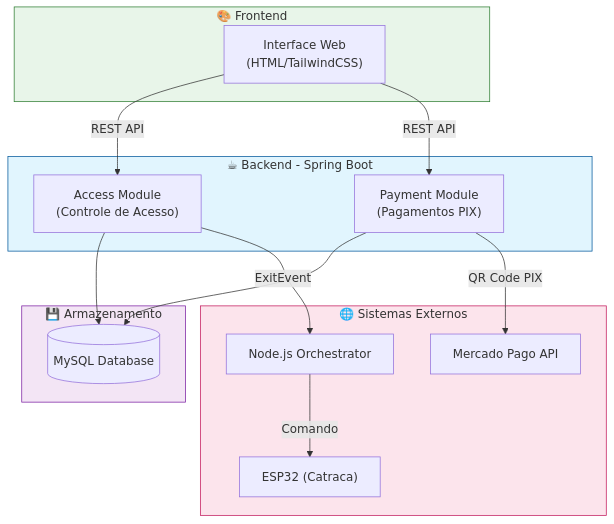
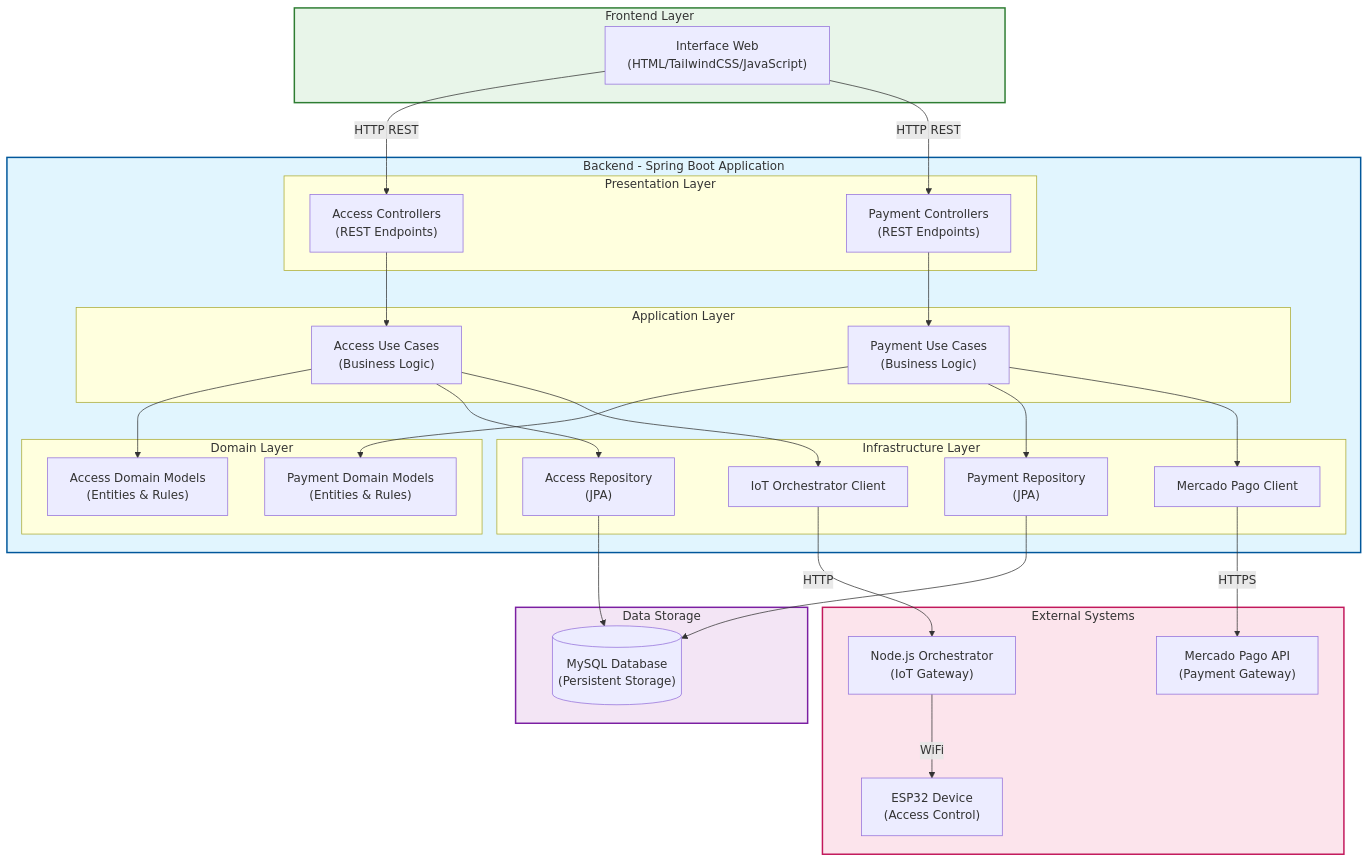
Before and after one commit to Luca5Eckert/Libera.ai: the first of 2 diagrams in README.md, drawn with Mermaid. The commit also changed other lines of this file, not shown here.

````diff
--- a/README.md
+++ b/README.md
@@ -113,34 +132,61 @@
 ```mermaid
 flowchart TB
-    subgraph Frontend["🎨 Frontend"]
-        WEB["Interface Web<br/>(HTML/TailwindCSS)"]
+    subgraph Frontend["Frontend Layer"]
+        WEB["Interface Web<br/>(HTML/TailwindCSS/JavaScript)"]
     end
     
-    subgraph Backend["☕ Backend - Spring Boot"]
-        ACCESS["Access Module<br/>(Controle de Acesso)"]
-        PAYMENT["Payment Module<br/>(Pagamentos PIX)"]
+    subgraph Backend["Backend - Spring Boot Application"]
+        subgraph PresentationLayer["Presentation Layer"]
+            ACCESS_CTRL["Access Controllers<br/>(REST Endpoints)"]
+            PAYMENT_CTRL["Payment Controllers<br/>(REST Endpoints)"]
+        end
+        
+        subgraph ApplicationLayer["Application Layer"]
+            ACCESS_UC["Access Use Cases<br/>(Business Logic)"]
+            PAYMENT_UC["Payment Use Cases<br/>(Business Logic)"]
+        end
+        
+        subgraph DomainLayer["Domain Layer"]
+            ACCESS_DOM["Access Domain Models<br/>(Entities & Rules)"]
+            PAYMENT_DOM["Payment Domain Models<br/>(Entities & Rules)"]
+        end
+        
+        subgraph InfrastructureLayer["Infrastructure Layer"]
+            ACCESS_REPO["Access Repository<br/>(JPA)"]
+            PAYMENT_REPO["Payment Repository<br/>(JPA)"]
+            MP_CLIENT["Mercado Pago Client"]
+            IOT_CLIENT["IoT Orchestrator Client"]
+        end
     end
     
-    subgraph External["🌐 Sistemas Externos"]
-        MP["Mercado Pago API"]
-        NODE["Node.js Orchestrator"]
-        ESP["ESP32 (Catraca)"]
+    subgraph ExternalSystems["External Systems"]
+        MP["Mercado Pago API<br/>(Payment Gateway)"]
+        NODE["Node.js Orchestrator<br/>(IoT Gateway)"]
+        ESP["ESP32 Device<br/>(Access Control)"]
     end
     
-    subgraph Storage["💾 Armazenamento"]
-        DB[("MySQL Database")]
+    subgraph Storage["Data Storage"]
+        DB[("MySQL Database<br/>(Persistent Storage)")]
     end
     
-    WEB -->|REST API| ACCESS
-    WEB -->|REST API| PAYMENT
-    ACCESS --> DB
-    PAYMENT --> DB
-    PAYMENT -->|QR Code PIX| MP
-    ACCESS -->|ExitEvent| NODE
-    NODE -->|Comando| ESP
+    WEB -->|HTTP REST| ACCESS_CTRL
+    WEB -->|HTTP REST| PAYMENT_CTRL
+    ACCESS_CTRL --> ACCESS_UC
+    PAYMENT_CTRL --> PAYMENT_UC
+    ACCESS_UC --> ACCESS_DOM
+    PAYMENT_UC --> PAYMENT_DOM
+    ACCESS_UC --> ACCESS_REPO
+    PAYMENT_UC --> PAYMENT_REPO
+    PAYMENT_UC --> MP_CLIENT
+    ACCESS_UC --> IOT_CLIENT
+    ACCESS_REPO --> DB
+    PAYMENT_REPO --> DB
+    MP_CLIENT -->|HTTPS| MP
+    IOT_CLIENT -->|HTTP| NODE
+    NODE -->|WiFi| ESP
     
-    style Frontend fill:#e8f5e9,stroke:#2e7d32
-    style Backend fill:#e1f5fe,stroke:#01579b
-    style External fill:#fce4ec,stroke:#c2185b
-    style Storage fill:#f3e5f5,stroke:#7b1fa2
+    style Frontend fill:#e8f5e9,stroke:#2e7d32,stroke-width:2px
+    style Backend fill:#e1f5fe,stroke:#01579b,stroke-width:2px
+    style ExternalSystems fill:#fce4ec,stroke:#c2185b,stroke-width:2px
+    style Storage fill:#f3e5f5,stroke:#7b1fa2,stroke-width:2px
 ```
````
